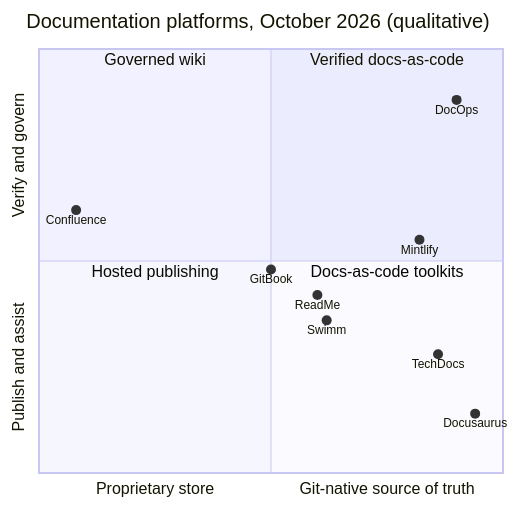
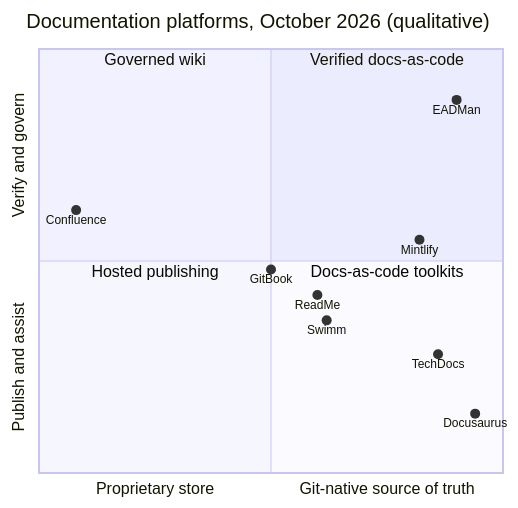
Before and after one commit to mdzaman/eadman: the diagram in docs/11-competitive-positioning.md, drawn with Mermaid. The commit also changed other lines of this file and 70 other files, not shown here.

````diff
--- a/docs/11-competitive-positioning.md
+++ b/docs/11-competitive-positioning.md
@@ -18,18 +18,18 @@
 ```mermaid
 quadrantChart
   title Documentation platforms, October 2026 (qualitative)
   x-axis Proprietary store --> Git-native source of truth
   y-axis Publish and assist --> Verify and govern
   quadrant-1 Verified docs-as-code
   quadrant-2 Governed wiki
   quadrant-3 Hosted publishing
   quadrant-4 Docs-as-code toolkits
-  DocOps: [0.9, 0.88]
+  EADMan: [0.9, 0.88]
   Mintlify: [0.82, 0.55]
   GitBook: [0.5, 0.48]
   ReadMe: [0.6, 0.42]
   Confluence: [0.08, 0.62]
   TechDocs: [0.86, 0.28]
   Docusaurus: [0.94, 0.14]
   Swimm: [0.62, 0.36]
 ```
````
